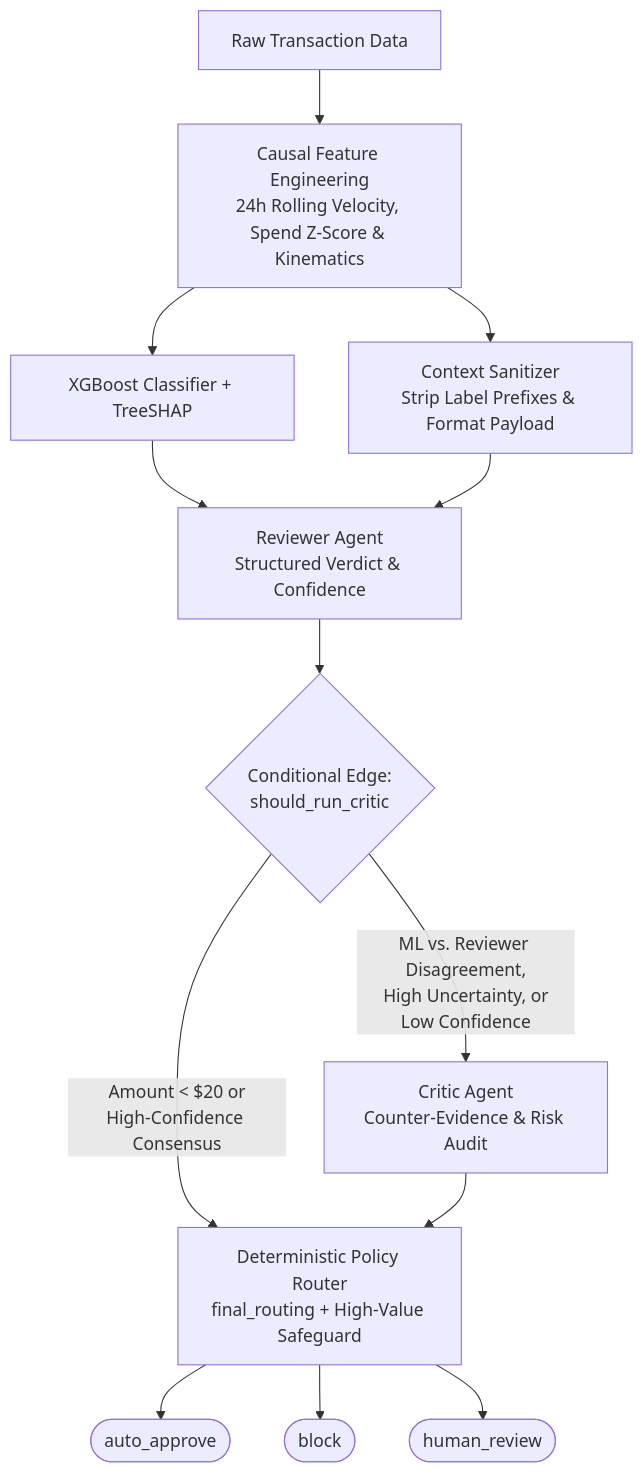
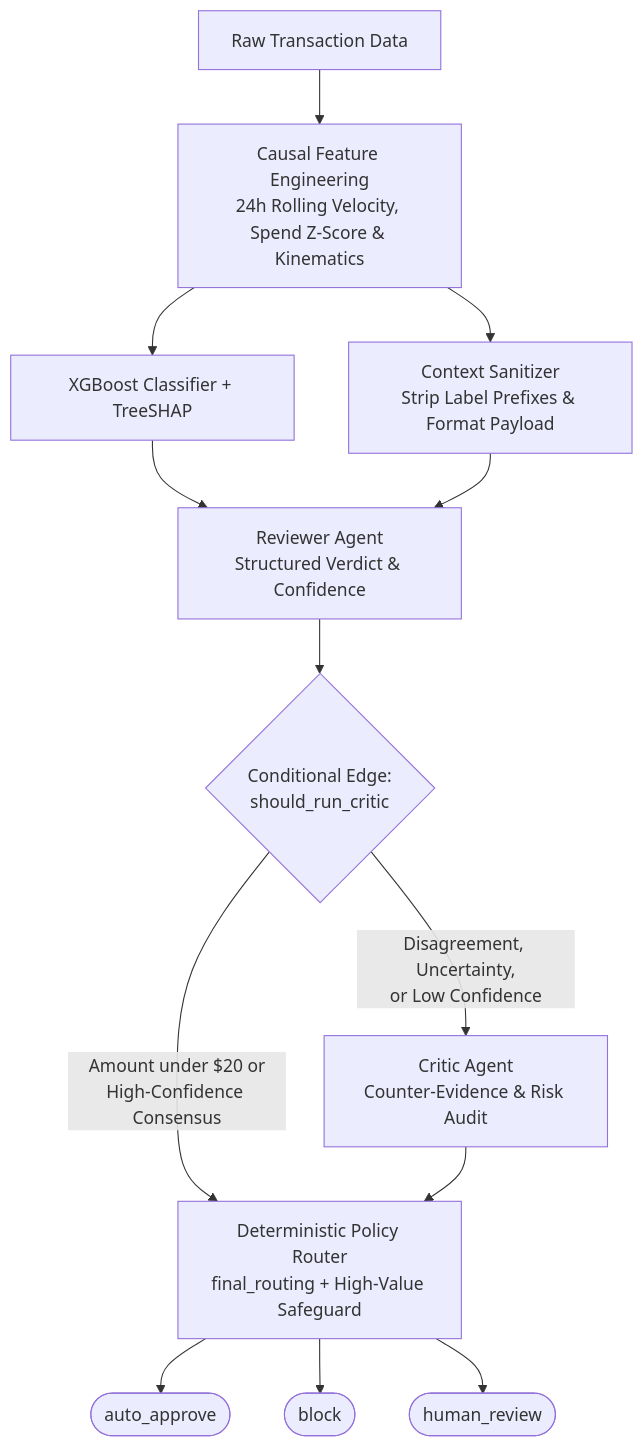
Before and after one commit to MohamadSamaei/agentic-fraud-detection-benchmark: the diagram in README.md, drawn with Mermaid. The commit also changed other lines of this file, not shown here.

````diff
--- a/README.md
+++ b/README.md
@@ -47,18 +47,18 @@
 ```mermaid
 flowchart TD
-    A["Raw Transaction Data"] --> B["Causal Feature Engineering<br/>24h Rolling Velocity, Spend Z-Score & Kinematics"]
+    A["Raw Transaction Data"] --> B["Causal Feature Engineering<br>24h Rolling Velocity, Spend Z-Score & Kinematics"]
     B --> C["XGBoost Classifier + TreeSHAP"]
-    B --> D["Context Sanitizer<br/>Strip Label Prefixes & Format Payload"]
+    B --> D["Context Sanitizer<br>Strip Label Prefixes & Format Payload"]
 
-    C --> E["Reviewer Agent<br/>Structured Verdict & Confidence"]
+    C --> E["Reviewer Agent<br>Structured Verdict & Confidence"]
     D --> E
 
-    E --> F{"Conditional Edge:<br/>should_run_critic"}
-    F -->|"Amount < $20 or<br/>High-Confidence Consensus"| H["Deterministic Policy Router<br/>final_routing + High-Value Safeguard"]
-    F -->|"ML vs. Reviewer Disagreement,<br/>High Uncertainty, or<br/>Low Confidence"| G["Critic Agent<br/>Counter-Evidence & Risk Audit"]
+    E --> F{"Conditional Edge:<br>should_run_critic"}
+    F -->|"Amount under $20 or<br>High-Confidence Consensus"| H["Deterministic Policy Router<br>final_routing + High-Value Safeguard"]
+    F -->|"Disagreement, Uncertainty,<br>or Low Confidence"| G["Critic Agent<br>Counter-Evidence & Risk Audit"]
     G --> H
 
     H --> I(["auto_approve"])
     H --> J(["block"])
     H --> K(["human_review"])
 ```
````
